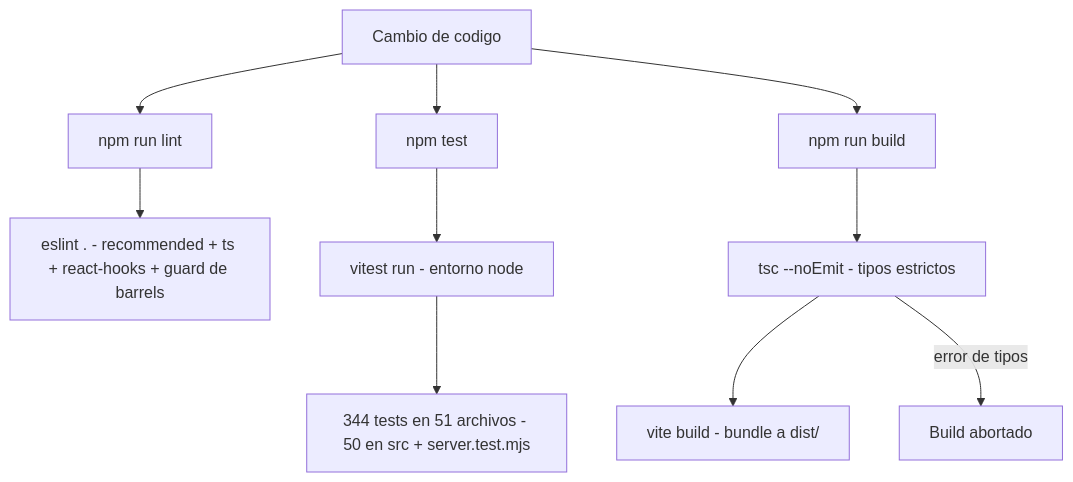
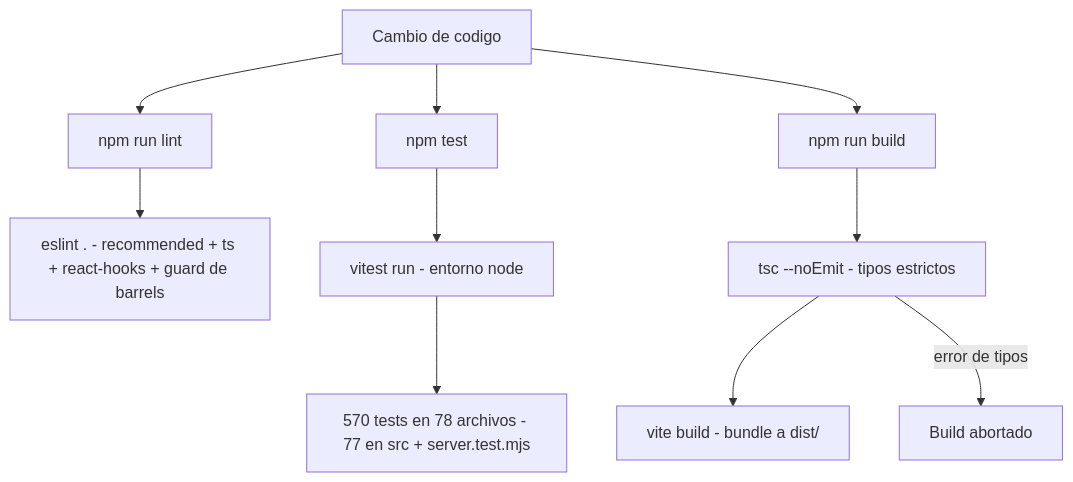
Before and after one commit to Carlosmps97/web-data-model-hub: the first of 4 diagrams in doc/testing.md, drawn with Mermaid. The commit also changed other lines of this file and 198 other files, not shown here.

````diff
--- a/doc/testing.md
+++ b/doc/testing.md
@@ -146,12 +146,12 @@
 ```mermaid
 flowchart TD
     A[Cambio de codigo] --> B[npm run lint]
     A --> C[npm test]
     A --> D[npm run build]
     B --> B1[eslint . - recommended + ts + react-hooks + guard de barrels]
     C --> C1[vitest run - entorno node]
-    C1 --> C2[344 tests en 51 archivos - 50 en src + server.test.mjs]
+    C1 --> C2[570 tests en 78 archivos - 77 en src + server.test.mjs]
     D --> D1[tsc --noEmit - tipos estrictos]
     D1 --> D2[vite build - bundle a dist/]
     D1 -->|error de tipos| X[Build abortado]
 ```
````
